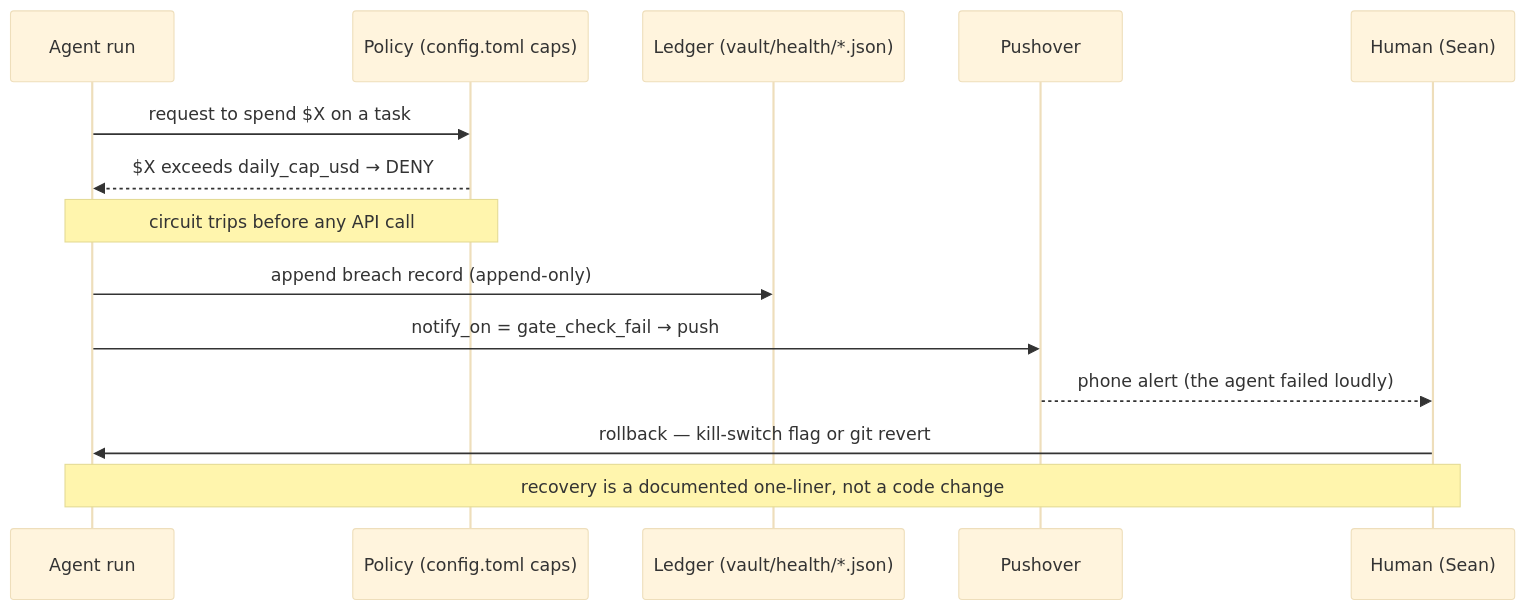
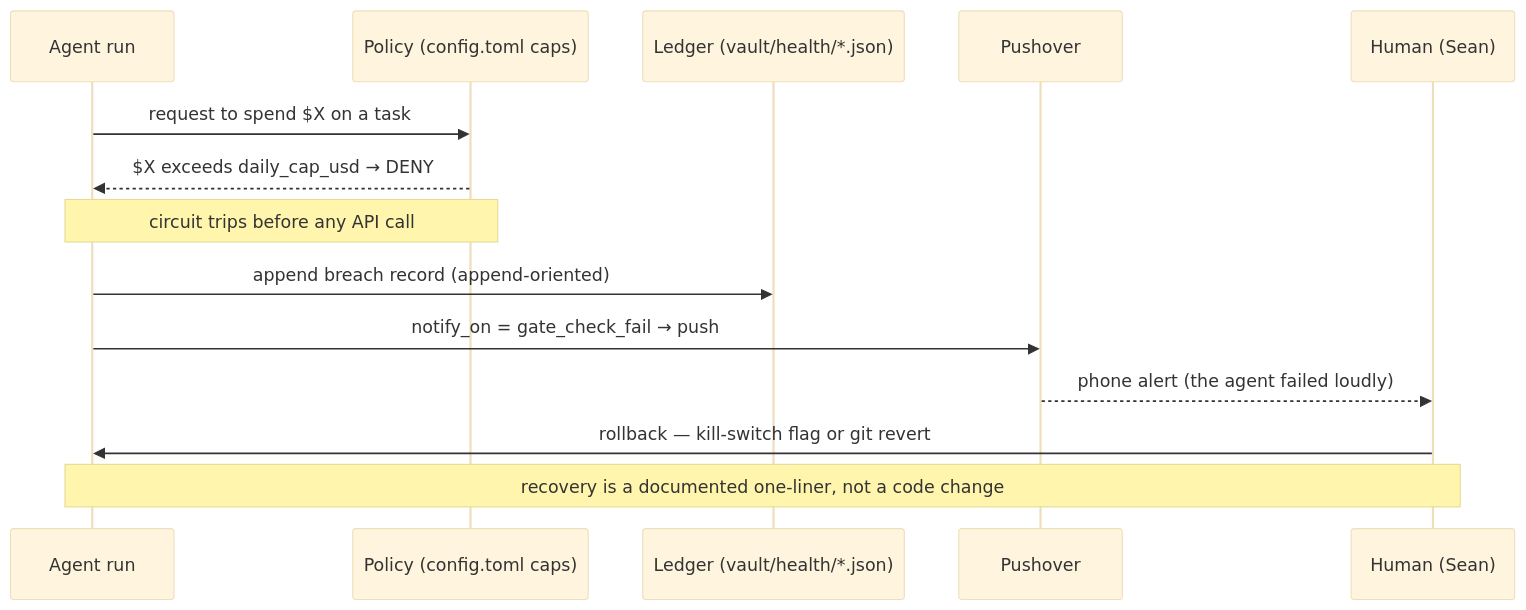
Before and after one commit to seanwinslow28/code-brain: the diagram in agents-sdk/docs/CONTROL_ARCHITECTURE.md, drawn with Mermaid (base theme). The commit also changed other lines of this file and 1 other file, not shown here.

````diff
--- a/agents-sdk/docs/CONTROL_ARCHITECTURE.md
+++ b/agents-sdk/docs/CONTROL_ARCHITECTURE.md
@@ -11,16 +11,16 @@
 ```mermaid
 sequenceDiagram
     participant A as Agent run
     participant P as Policy (config.toml caps)
     participant L as Ledger (vault/health/*.json)
     participant N as Pushover
     participant H as Human (Sean)
     A->>P: request to spend $X on a task
     P-->>A: $X exceeds daily_cap_usd → DENY
     Note over A,P: circuit trips before any API call
-    A->>L: append breach record (append-only)
+    A->>L: append breach record (append-oriented)
     A->>N: notify_on = gate_check_fail → push
     N-->>H: phone alert (the agent failed loudly)
     H->>A: rollback — kill-switch flag or git revert
     Note over H,A: recovery is a documented one-liner, not a code change
 ```
````
